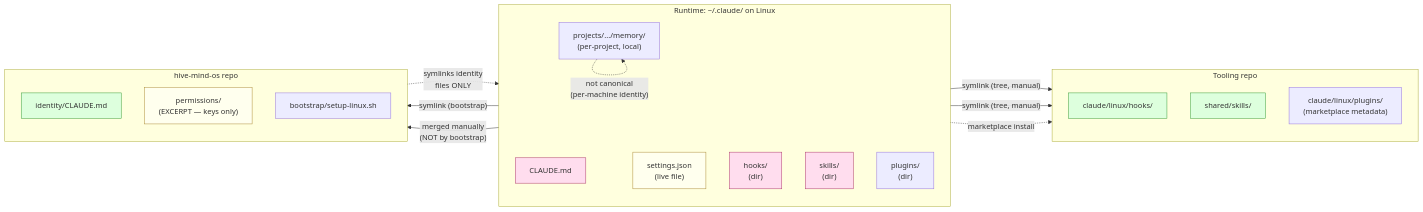
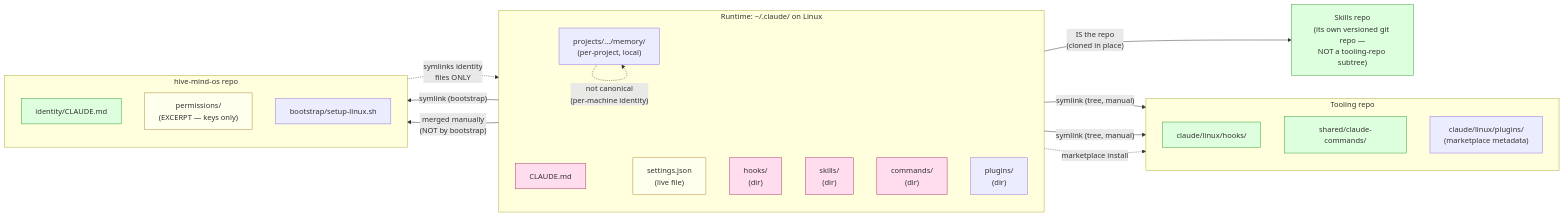
The second of 9 diagrams in docs/INFRASTRUCTURE.md (FRBio-maker/hive-mind-os), drawn with Mermaid before and after one commit. The commit also changed other lines of this file and 1 other file, not shown here.

First line of the commit message:
docs: audit all 11 mermaid diagrams against current doctrine; fix 2 that never rendered

````diff
--- a/docs/INFRASTRUCTURE.md
+++ b/docs/INFRASTRUCTURE.md
@@ -141,42 +145,46 @@
 ```mermaid
 flowchart LR
     subgraph RT[Runtime: ~/.claude/  on Linux]
         direction TB
         ID["CLAUDE.md"]
         ST["settings.json<br/>(live file)"]
         HK["hooks/<br/>(dir)"]
         SK["skills/<br/>(dir)"]
+        CMD["commands/<br/>(dir)"]
         PL["plugins/<br/>(dir)"]
         MEM["projects/.../memory/<br/>(per-project, local)"]
     end
 
     subgraph AHM[hive-mind-os repo]
         direction TB
         AHM_ID["identity/CLAUDE.md"]
         AHM_PERM["permissions/<br/>(EXCERPT — keys only)"]
         AHM_BOOT["bootstrap/setup-linux.sh"]
     end
 
     subgraph ATOOL[Tooling repo]
         direction TB
         AT_HK["claude/linux/hooks/"]
-        AT_SK["shared/skills/"]
+        AT_CMD["shared/claude-commands/"]
         AT_PL["claude/linux/plugins/<br/>(marketplace metadata)"]
     end
 
+    SKREPO["Skills repo<br/>(its own versioned git repo —<br/>NOT a tooling-repo subtree)"]
+
     ID -- "symlink (bootstrap)" --> AHM_ID
     HK -- "symlink (tree, manual)" --> AT_HK
-    SK -- "symlink (tree, manual)" --> AT_SK
+    CMD -- "symlink (tree, manual)" --> AT_CMD
+    SK -- "IS the repo<br/>(cloned in place)" --> SKREPO
     ST -- "merged manually<br/>(NOT by bootstrap)" --> AHM_PERM
     PL -. "marketplace install" .-> AT_PL
     MEM -. "not canonical<br/>(per-machine identity)" .-> MEM
 
     AHM_BOOT -. "symlinks identity<br/>files ONLY" .-> RT
 
     classDef live fill:#fde,stroke:#a36
     classDef canon fill:#dfd,stroke:#393
     classDef merge fill:#ffe,stroke:#a83
-    class ID,HK,SK live
-    class AHM_ID,AT_HK,AT_SK canon
+    class ID,HK,SK,CMD live
+    class AHM_ID,AT_HK,AT_CMD,SKREPO canon
     class ST,AHM_PERM merge
 ```
````
